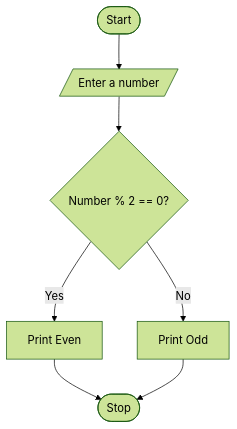
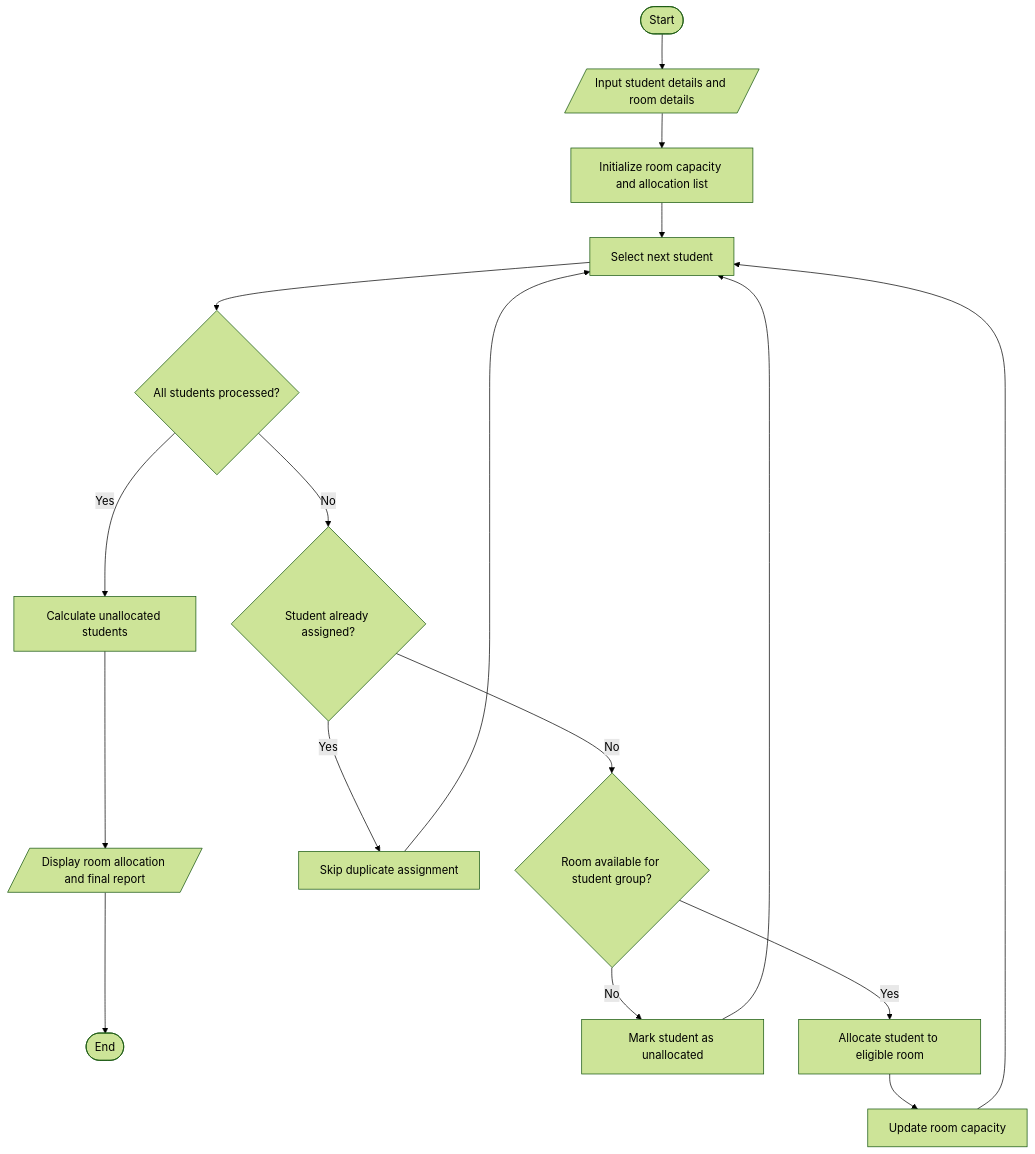
Before and after one commit to gullapalliyaminipriya-crypto/injamharshini: the diagram in task2/code.md, drawn with Mermaid (forest theme).

Commit message:
Update flowchart for student room allocation process

````diff
--- a/task2/code.md
+++ b/task2/code.md
@@ -29,9 +29,20 @@
 ```mermaid
+
 flowchart TD
-    A([Start]) --> B[/Enter a number/]
-    B --> C{Number % 2 == 0?}
-    C -->|Yes| D[Print Even]
-    C -->|No| E[Print Odd]
-    D --> F([Stop])
-    E --> F
+    A([Start]) --> B[/Input student details and room details/]
+    B --> C[Initialize room capacity and allocation list]
+    C --> D[Select next student]
+    D --> E{All students processed?}
+    E -- Yes --> K[Calculate unallocated students]
+    K --> L[/Display room allocation and final report/]
+    L --> M([End])
+    E -- No --> F{Student already assigned?}
+    F -- Yes --> G[Skip duplicate assignment]
+    F -- No --> H{Room available for student group?}
+    H -- No --> I[Mark student as unallocated]
+    H -- Yes --> J[Allocate student to eligible room]
+    J --> N[Update room capacity]
+    N --> D
+    G --> D
+    I --> D
 ```
````
